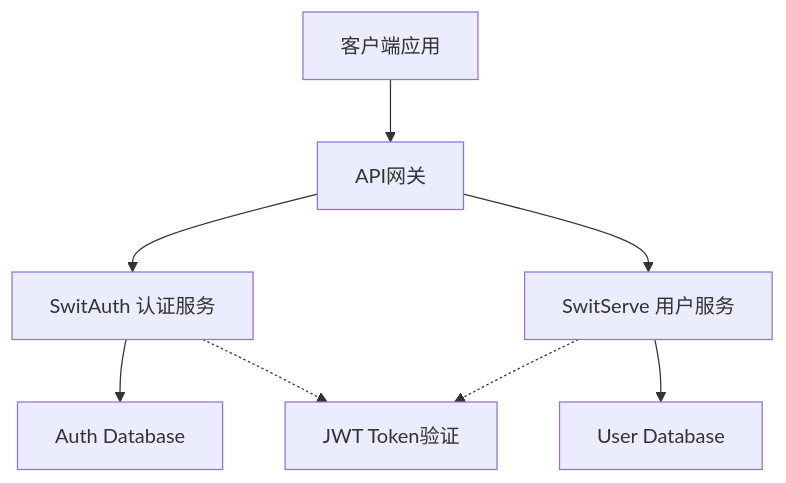
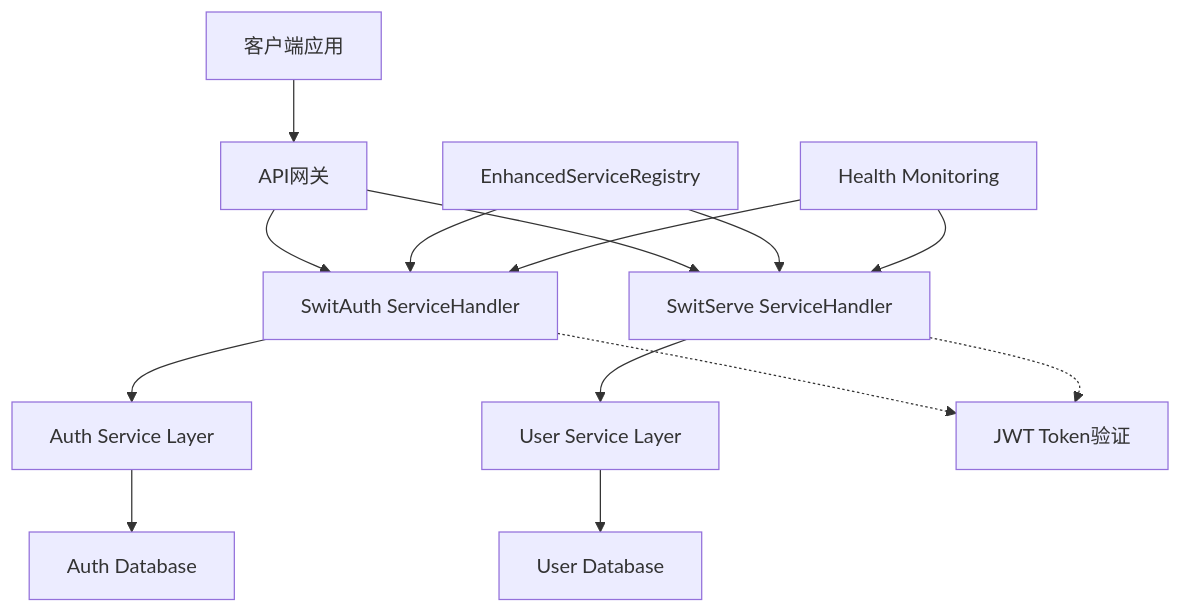
The diagram in docs/services/README.md (innovationmech/swit), drawn with Mermaid before and after one commit. The commit also changed other lines of this file and 111 other files, not shown here.

````diff
--- a/docs/services/README.md
+++ b/docs/services/README.md
@@ -7,12 +7,21 @@
 ```mermaid
 graph TB
     A[客户端应用] --> B[API网关]
-    B --> C[SwitAuth 认证服务]
-    B --> D[SwitServe 用户服务]
+    B --> C[SwitAuth ServiceHandler]
+    B --> D[SwitServe ServiceHandler]
     
-    C --> E[Auth Database]
-    D --> F[User Database]
+    C --> E[Auth Service Layer]
+    D --> F[User Service Layer]
     
-    C -.-> G[JWT Token验证]
-    D -.-> G
+    E --> G[Auth Database]
+    F --> H[User Database]
+    
+    I[EnhancedServiceRegistry] --> C
+    I --> D
+    
+    C -.-> J[JWT Token验证]
+    D -.-> J
+    
+    K[Health Monitoring] --> C
+    K --> D
 ```
````
